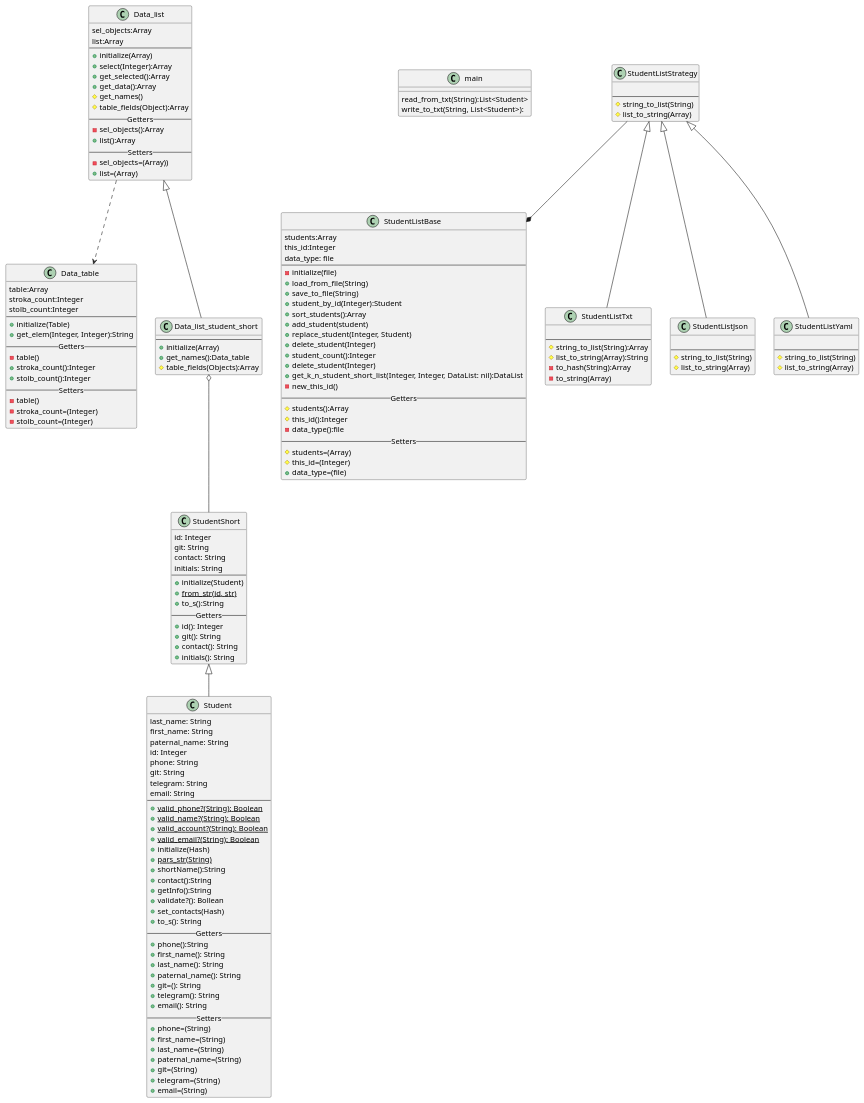
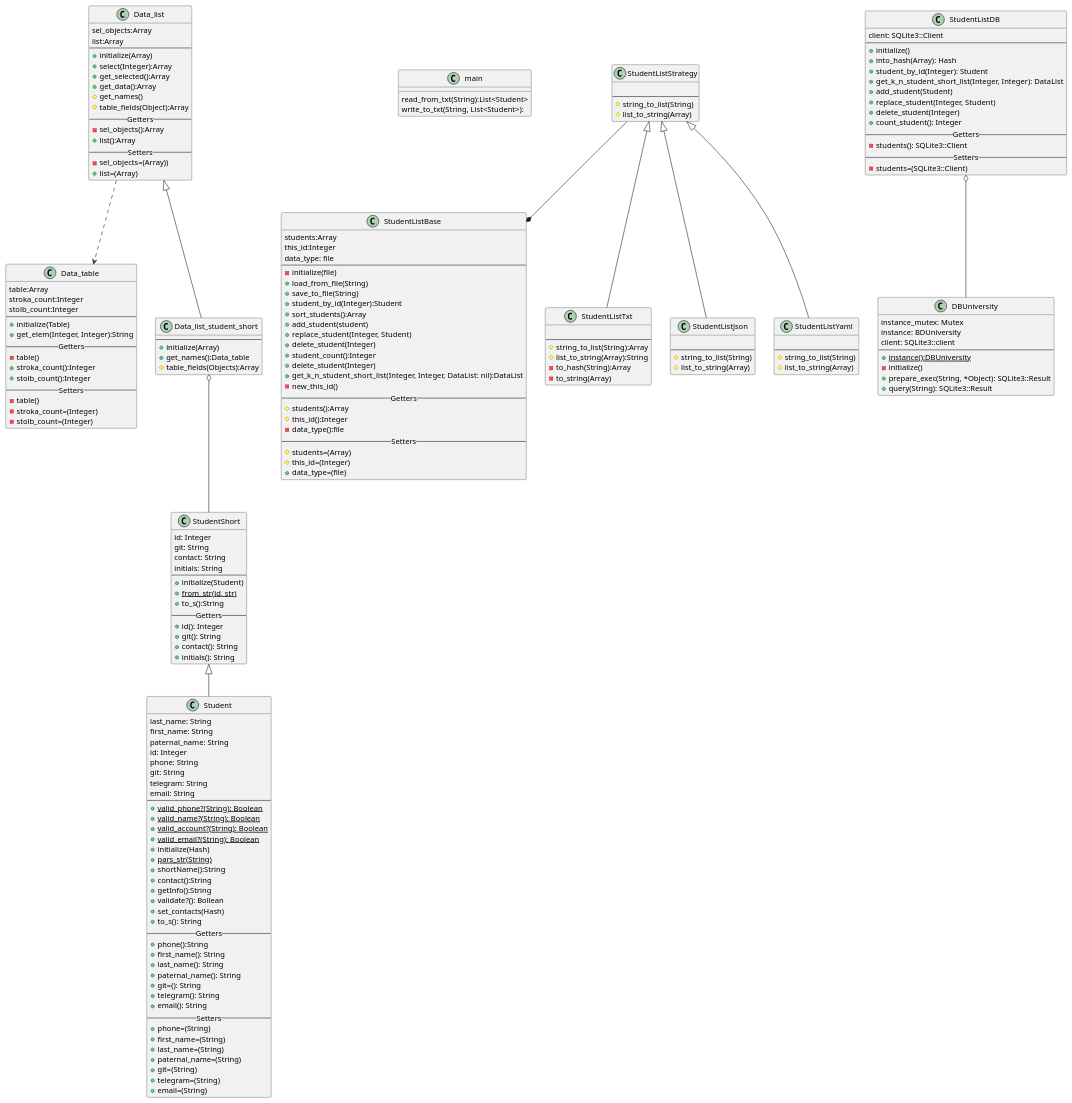
One commit to yellowcat-dotcom/Ruby changed the diagram in Lab_2/Diagrams/student_diagram.puml. Above: the diagram before and after it, drawn with PlantUML. The commit also changed 1 other file, not shown here.

Commit message:
3_1_12 Отражены изменения в классах в диаграмме классов.

```diff
--- a/Lab_2/Diagrams/student_diagram.puml
+++ b/Lab_2/Diagrams/student_diagram.puml
@@ -1,165 +1,193 @@
 @startuml
 'https://plantuml.com/class-diagram
 
 class Student {
 last_name: String
 first_name: String
 paternal_name: String
 id: Integer
 phone: String
 git: String
 telegram: String
 email: String
 --
 +{static}valid_phone?(String): Boolean
 +{static}valid_name?(String): Boolean
 +{static}valid_account?(String): Boolean
 +{static}valid_email?(String): Boolean
 +initialize(Hash)
 +{static}pars_str(String)
 +shortName():String
 +contact():String
 +getInfo():String
 +validate?(): Bollean
 +set_contacts(Hash)
 +to_s(): String
 --Getters--
 +phone():String
 +first_name(): String
 +last_name(): String
 +paternal_name(): String
 +git=(): String
 +telegram(): String
 +email(): String
 --Setters--
 +phone=(String)
 +first_name=(String)
 +last_name=(String)
 +paternal_name=(String)
 +git=(String)
 +telegram=(String)
 +email=(String)
 }
 
 class StudentShort{
 id: Integer
 git: String
 contact: String
 initials: String
 --
 +initialize(Student)
 +{static}from_str(id, str)
 +to_s():String
 --Getters--
 +id(): Integer
 +git(): String
 +contact(): String
 +initials(): String
 }
 class Data_list{
 sel_objects:Array
 list:Array
 --
 +initialize(Array)
 +select(Integer):Array
 +get_selected():Array
 +get_data():Array
 #get_names()
 #table_fields(Object):Array
 --Getters--
 -sel_objects():Array
 +list():Array
 --Setters--
 -sel_objects=(Array))
 +list=(Array)
 }
 
 class Data_table{
 table:Array
 stroka_count:Integer
 stolb_count:Integer
 --
 +initialize(Table)
 +get_elem(Integer, Integer):String
 --Getters--
 -table()
 +stroka_count():Integer
 +stolb_count():Integer
 --Setters--
 -table()
 -stroka_count=(Integer)
 -stolb_count=(Integer)
 }
 
 class Data_list_student_short{
 --
 +initialize(Array)
 +get_names():Data_table
 #table_fields(Objects):Array
 }
 
 class main{
 read_from_txt(String):List<Student>
 write_to_txt(String, List<Student>):
 }
 class StudentListBase{
 students:Array
 this_id:Integer
 data_type: file
 --
 -initialize(file)
 +load_from_file(String)
 +save_to_file(String)
 +student_by_id(Integer):Student
 +sort_students():Array
 +add_student(student)
 +replace_student(Integer, Student)
 +delete_student(Integer)
 +student_count():Integer
 +delete_student(Integer)
 +get_k_n_student_short_list(Integer, Integer, DataList: nil):DataList
 -new_this_id()
 --Getters--
 #students():Array
 #this_id():Integer
 -data_type():file
 --Setters--
 #students=(Array)
 #this_id=(Integer)
 +data_type=(file)
 }
 class StudentListStrategy{
 
 --
 #string_to_list(String)
 #list_to_string(Array)
 }
 class StudentListTxt{
 
 --
 #string_to_list(String):Array
 #list_to_string(Array):String
 -to_hash(String):Array
 -to_string(Array)
 }
 class StudentListJson{
 
 --
 #string_to_list(String)
 #list_to_string(Array)
 }
 class StudentListYaml{
 
 --
 #string_to_list(String)
 #list_to_string(Array)
 }
+
+class StudentListDB{
+client: SQLite3::Client
+--
++initialize()
++into_hash(Array): Hash
++student_by_id(Integer): Student
++get_k_n_student_short_list(Integer, Integer): DataList
++add_student(Student)
++replace_student(Integer, Student)
++delete_student(Integer)
++count_student(): Integer
+--Getters--
+-students(): SQLite3::Client
+--Setters--
+-students=(SQLite3::Client)
+}
+class DBUniversity{
+instance_mutex: Mutex
+instance: BDUniversity
+client: SQLite3::client
+--
++{static} instance():DBUniversity
+-initialize()
++prepare_exec(String, *Object): SQLite3::Result
++query(String): SQLite3::Result
+}
+StudentListDB o-- DBUniversity
 StudentShort ^-- Student
 Data_list ^-- Data_list_student_short
 Data_list_student_short o--StudentShort
 Data_list ..>Data_table
 StudentListStrategy ^--StudentListYaml
 StudentListStrategy ^--StudentListJson
 StudentListStrategy ^--StudentListTxt
 StudentListStrategy --* StudentListBase
 @enduml
```
